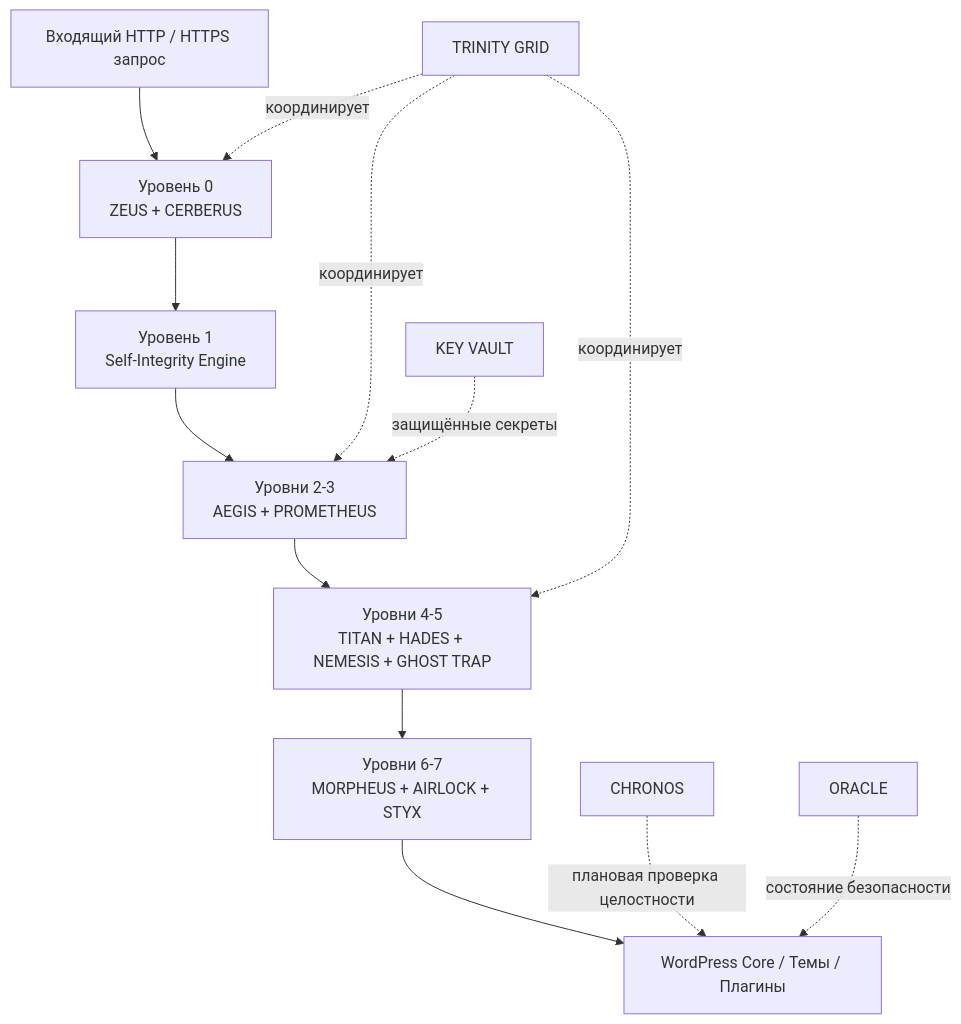
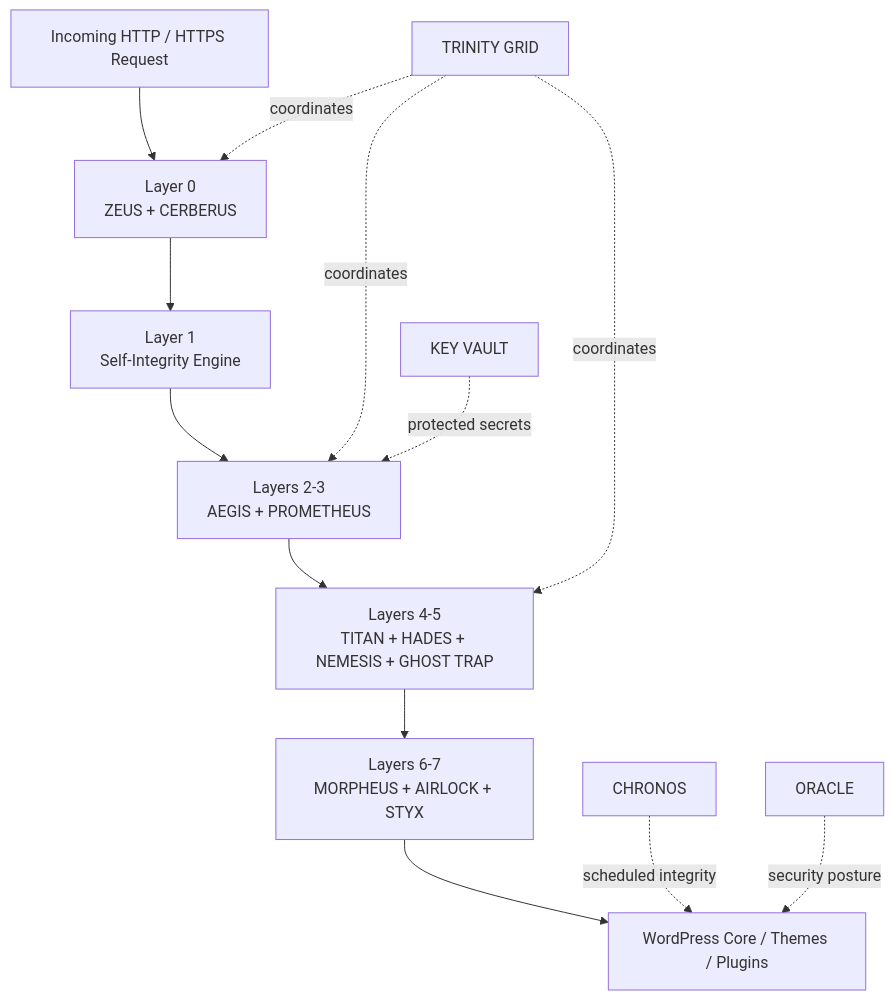
Before and after one commit to visiongaiatechnology/gedefensewp: the diagram in README.md, drawn with Mermaid. The commit also changed other lines of this file, not shown here.

````diff
--- a/README.md
+++ b/README.md
@@ -92,16 +93,19 @@
 ```mermaid
 flowchart TD
-    A[Входящий HTTP / HTTPS запрос]
-    A --> L0[Уровень 0<br/>ZEUS + CERBERUS]
-    L0 --> L1[Уровень 1<br/>Self-Integrity Engine]
-    L1 --> L23[Уровни 2-3<br/>AEGIS + PROMETHEUS]
-    L23 --> L45[Уровни 4-5<br/>TITAN + HADES + NEMESIS + GHOST TRAP]
-    L45 --> L67[Уровни 6-7<br/>MORPHEUS + AIRLOCK + STYX]
-    L67 --> WP[WordPress Core / Темы / Плагины]
-    PROM[TRINITY GRID] -. координирует .-> L0
-    PROM -. координирует .-> L23
-    PROM -. координирует .-> L45
-    CHR[CHRONOS] -. плановая проверка целостности .-> WP
-    ORA[ORACLE] -. состояние безопасности .-> WP
-    VLT[KEY VAULT] -. защищённые секреты .-> L23
+    A[Incoming HTTP / HTTPS Request]
+
+    A --> L0[Layer 0<br/>ZEUS + CERBERUS]
+    L0 --> L1[Layer 1<br/>Self-Integrity Engine]
+    L1 --> L23[Layers 2-3<br/>AEGIS + PROMETHEUS]
+    L23 --> L45[Layers 4-5<br/>TITAN + HADES + NEMESIS + GHOST TRAP]
+    L45 --> L67[Layers 6-7<br/>MORPHEUS + AIRLOCK + STYX]
+    L67 --> WP[WordPress Core / Themes / Plugins]
+
+    PROM[TRINITY GRID] -. coordinates .-> L0
+    PROM -. coordinates .-> L23
+    PROM -. coordinates .-> L45
+
+    CHR[CHRONOS] -. scheduled integrity .-> WP
+    ORA[ORACLE] -. security posture .-> WP
+    VLT[KEY VAULT] -. protected secrets .-> L23
 ```
````
